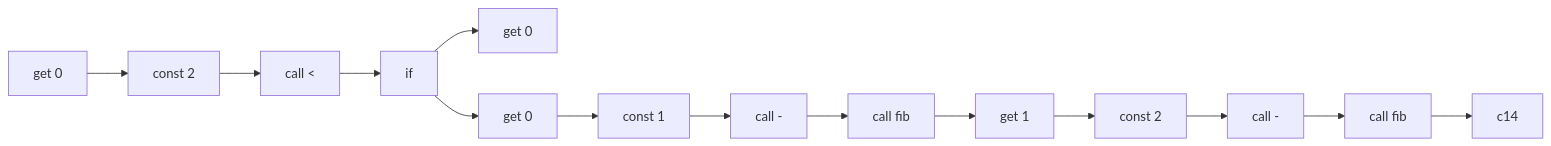
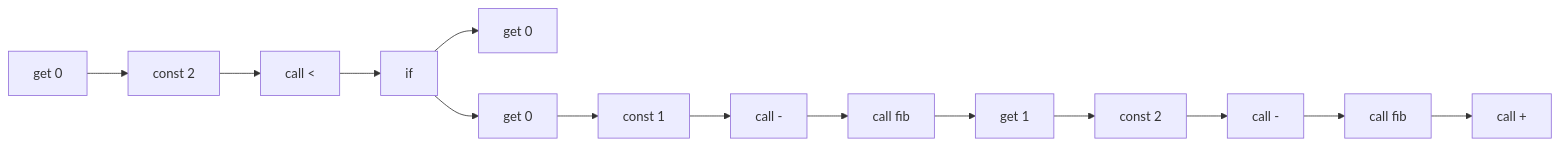
The diagram in slides/papers/stak-scheme/fibonacci.mmd (raviqqe/doc), drawn with Mermaid before and after one commit.

```diff
--- a/slides/papers/stak-scheme/fibonacci.mmd
+++ b/slides/papers/stak-scheme/fibonacci.mmd
@@ -1,5 +1,5 @@
 flowchart LR
   c0[get 0] --> c1[const 2] --> c2[call <] --> c4
   c4[if] -->  c5[get 0]
   c4 -->  c6[get 0] --> c7[const 1] --> c8[call -] --> c9[call fib] --> c10
-  c10[get 1] --> c11[const 2] --> c12[call -] --> c13[call fib] --> c14
+  c10[get 1] --> c11[const 2] --> c12[call -] --> c13[call fib] --> c14[call +]
```
